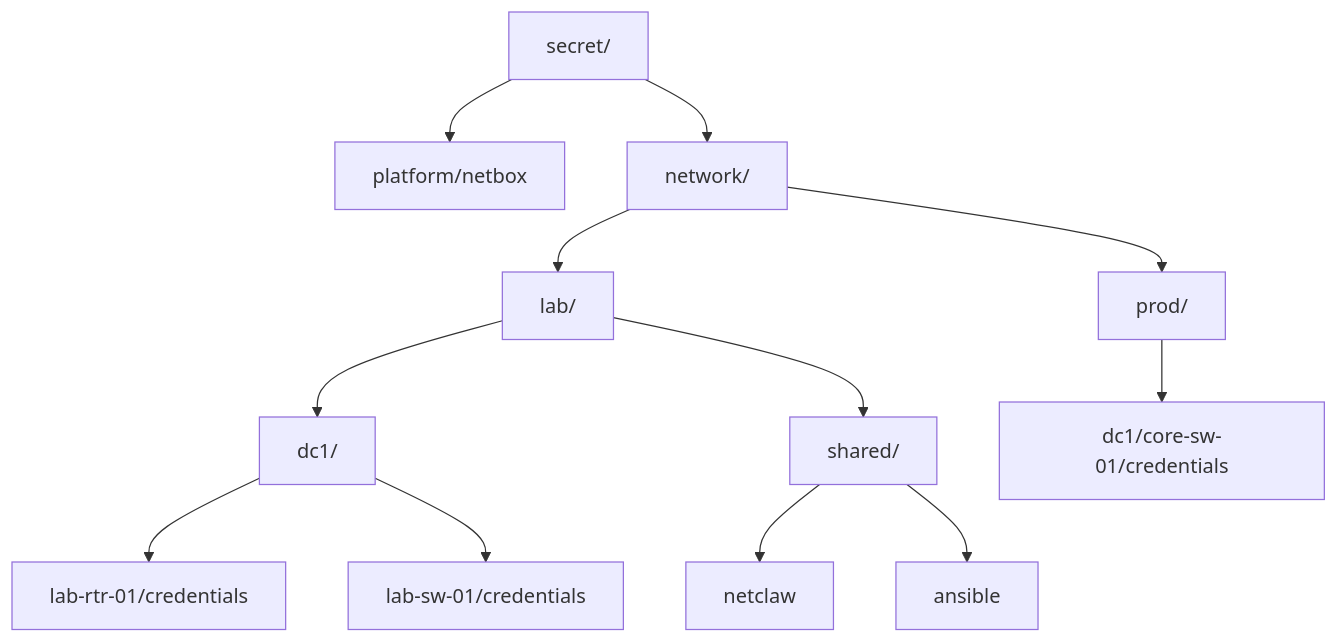
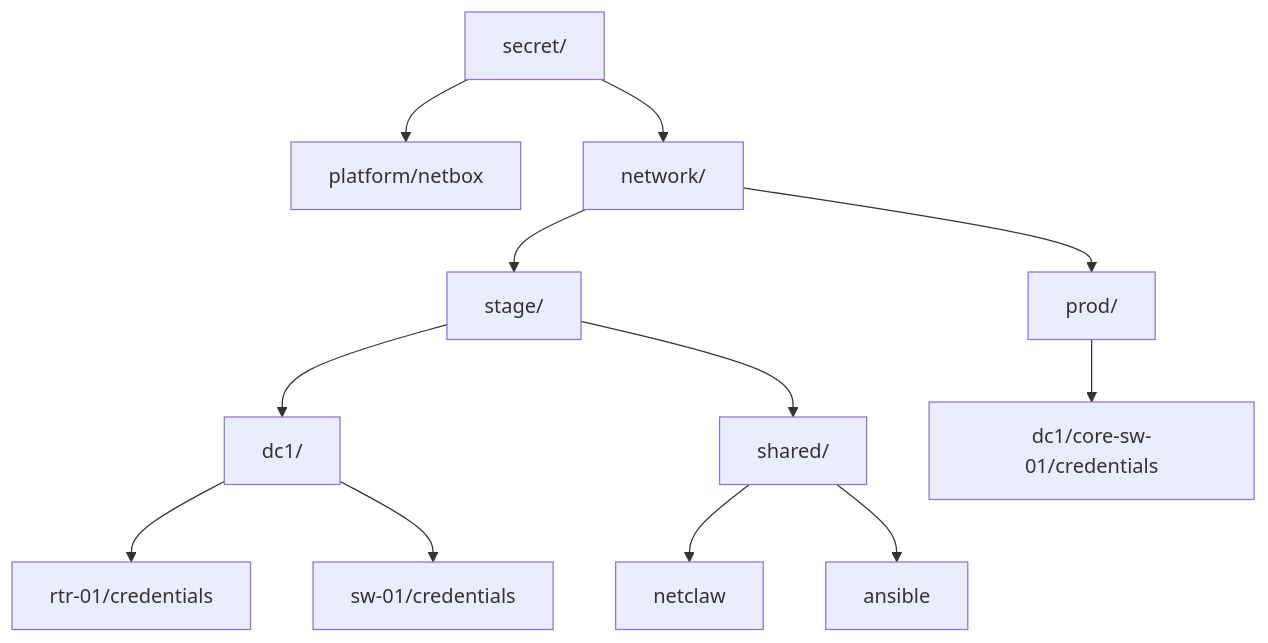
The diagram in examples/path-layout/README.md (j-munroe/NetClaw-Production-Install-Guide), drawn with Mermaid before and after one commit. The commit also changed other lines of this file and 37 other files, not shown here.

````diff
--- a/examples/path-layout/README.md
+++ b/examples/path-layout/README.md
@@ -9,15 +9,15 @@
 ```mermaid
 flowchart TB
   S[secret/]
   S --> P[platform/netbox]
   S --> N[network/]
-  N --> Lab[lab/]
+  N --> Stage[stage/]
   N --> Prod[prod/]
-  Lab --> DC1[dc1/]
-  Lab --> Shared[shared/]
-  DC1 --> R[lab-rtr-01/credentials]
-  DC1 --> SW[lab-sw-01/credentials]
+  Stage --> DC1[dc1/]
+  Stage --> Shared[shared/]
+  DC1 --> R[rtr-01/credentials]
+  DC1 --> SW[sw-01/credentials]
   Shared --> NC[netclaw]
   Shared --> AN[ansible]
   Prod --> C[dc1/core-sw-01/credentials]
 ```
````
